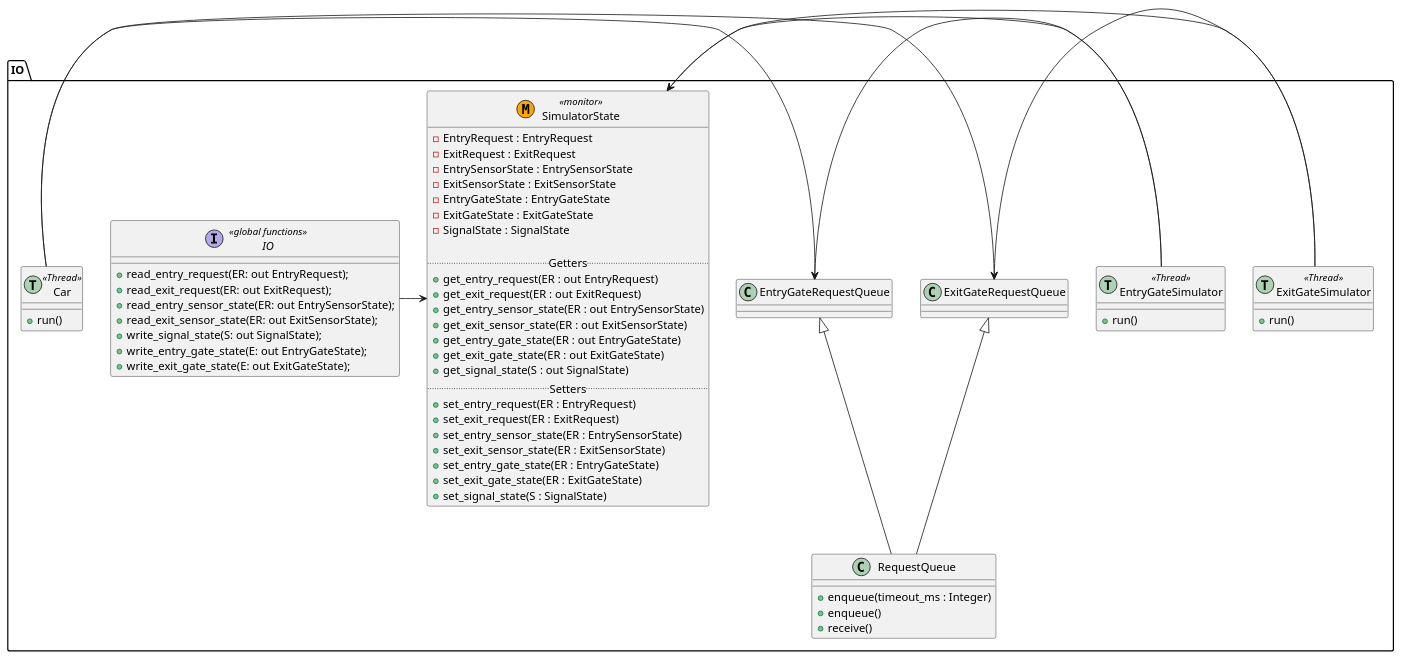
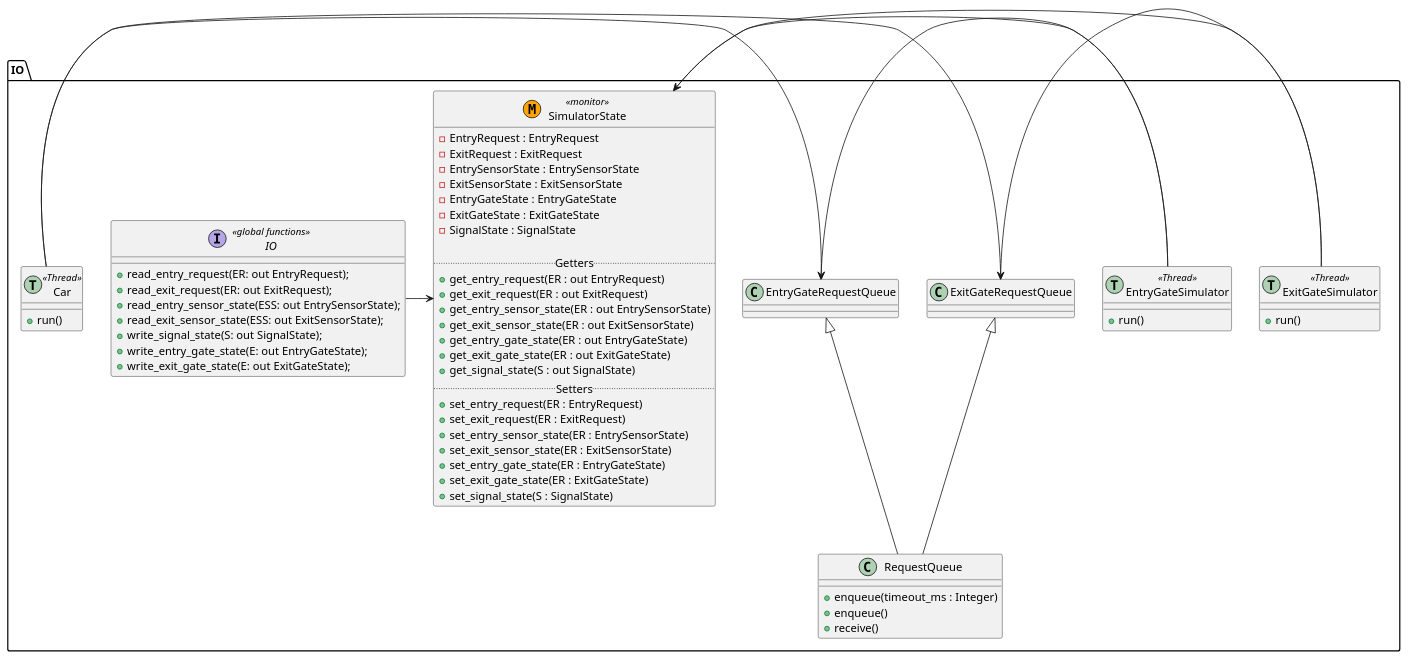
One commit to janstrohbeck/projektarbeit_simulationen changed the diagram in uml/parking_lot_simulators.plantuml. Above: the diagram before and after it, drawn with PlantUML. The commit also changed 10 other files, not shown here.

```diff
--- a/uml/parking_lot_simulators.plantuml
+++ b/uml/parking_lot_simulators.plantuml
@@ -1,82 +1,82 @@
 @startuml
 
 package "IO" {
 interface IO << global functions >> {
     +read_entry_request(ER: out EntryRequest);
     +read_exit_request(ER: out ExitRequest);
-    +read_entry_sensor_state(ER: out EntrySensorState);
-    +read_exit_sensor_state(ER: out ExitSensorState);
+    +read_entry_sensor_state(ESS: out EntrySensorState);
+    +read_exit_sensor_state(ESS: out ExitSensorState);
     +write_signal_state(S: out SignalState);
     +write_entry_gate_state(E: out EntryGateState);
     +write_exit_gate_state(E: out ExitGateState);
 }
 
 class SimulatorState << (M,orange) monitor >> {
     -EntryRequest : EntryRequest
     -ExitRequest : ExitRequest
     -EntrySensorState : EntrySensorState
     -ExitSensorState : ExitSensorState
     -EntryGateState : EntryGateState
     -ExitGateState : ExitGateState
     -SignalState : SignalState
 
     .. Getters ..
     +get_entry_request(ER : out EntryRequest)
     +get_exit_request(ER : out ExitRequest)
     +get_entry_sensor_state(ER : out EntrySensorState)
     +get_exit_sensor_state(ER : out ExitSensorState)
     +get_entry_gate_state(ER : out EntryGateState)
     +get_exit_gate_state(ER : out ExitGateState)
     +get_signal_state(S : out SignalState)
     .. Setters ..
     +set_entry_request(ER : EntryRequest)
     +set_exit_request(ER : ExitRequest)
     +set_entry_sensor_state(ER : EntrySensorState)
     +set_exit_sensor_state(ER : ExitSensorState)
     +set_entry_gate_state(ER : EntryGateState)
     +set_exit_gate_state(ER : ExitGateState)
     +set_signal_state(S : SignalState)
 }
 
 together {
 class EntryGateSimulator << (T,#ADD1B2) Thread >> {
     +run()
 }
 
 class ExitGateSimulator << (T,#ADD1B2) Thread >> {
     +run()
 }
 }
 
 class Car << (T,#ADD1B2) Thread >> {
     +run()
 }
 
 class RequestQueue {
     +enqueue(timeout_ms : Integer)
     +enqueue()
     +receive()
 }
 
 together {
 class EntryGateRequestQueue {
 }
 
 class ExitGateRequestQueue {
 }
 }
 
 EntryGateRequestQueue <|-- RequestQueue
 ExitGateRequestQueue <|-- RequestQueue
 
 ExitGateSimulator -> ExitGateRequestQueue
 EntryGateSimulator -> EntryGateRequestQueue
 
 IO -> SimulatorState
 ExitGateSimulator -> SimulatorState
 EntryGateSimulator -> SimulatorState
 
 Car -> EntryGateRequestQueue
 Car -> ExitGateRequestQueue
 
 @enduml
```
